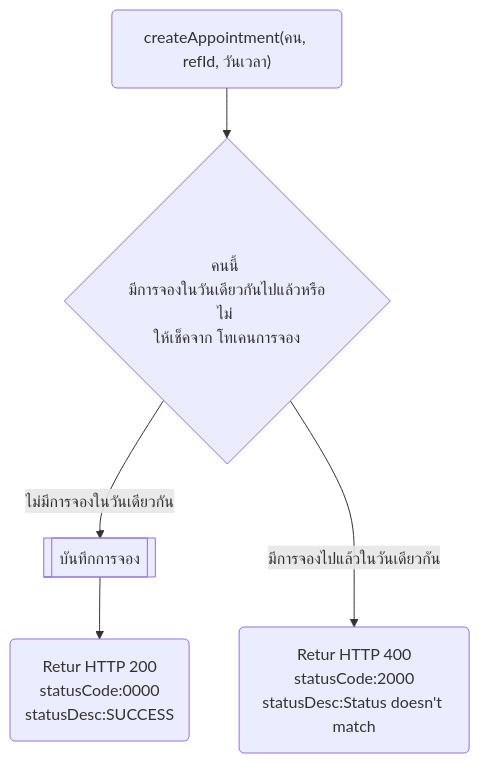
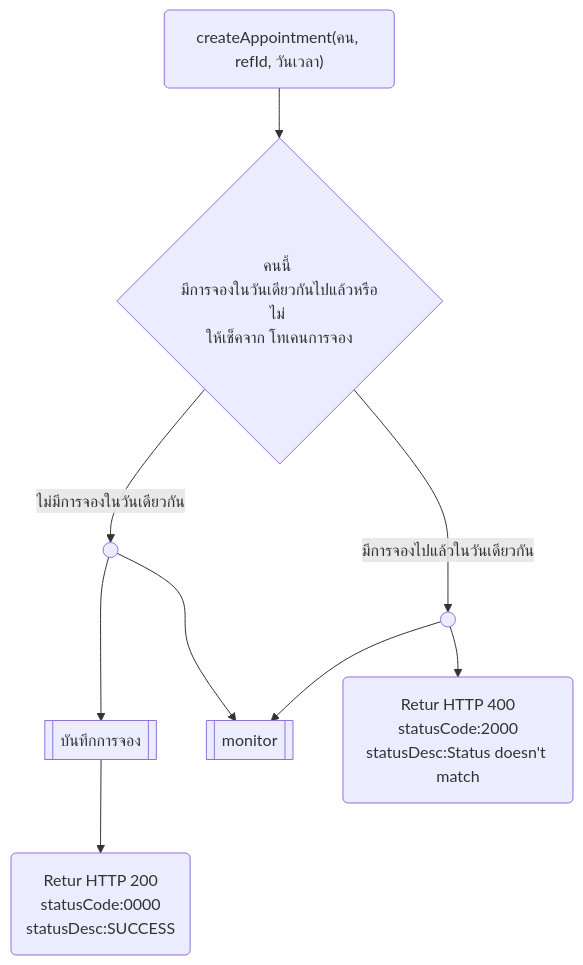
Before and after one commit to lionants02/public: the first of 2 diagrams in ktb-amed/flowchart/createAppointment.md, drawn with Mermaid.

Commit message:
update flow

````diff
--- a/ktb-amed/flowchart/createAppointment.md
+++ b/ktb-amed/flowchart/createAppointment.md
@@ -7,12 +7,18 @@
 ```mermaid
 flowchart TD
     s("createAppointment(คน, refId, วันเวลา)")
     checkTime{"คนนี้ <br>มีการจองในวันเดียวกันไปแล้วหรือไม่ <br>ให้เช็คจาก โทเคนการจอง"}
     record[["บันทึกการจอง"]]
     r("Retur HTTP 200<br>statusCode:0000<br>statusDesc:SUCCESS")
+    p1(( ))
+    p2(( ))
+    monitor[["monitor"]]
+    p1-->monitor
 
-    s-->checkTime-->|"ไม่มีการจองในวันเดียวกัน"|record-->r
+    s-->checkTime-->|"ไม่มีการจองในวันเดียวกัน"|p1--->record-->r
 
     doubleBooking("Retur HTTP 400<br>statusCode:2000<br>statusDesc:Status doesn't match")
-    checkTime--->|"มีการจองไปแล้วในวันเดียวกัน"|doubleBooking
+    
+    p2-->monitor
+    checkTime--->|"มีการจองไปแล้วในวันเดียวกัน"|p2-->doubleBooking
 ```
````
